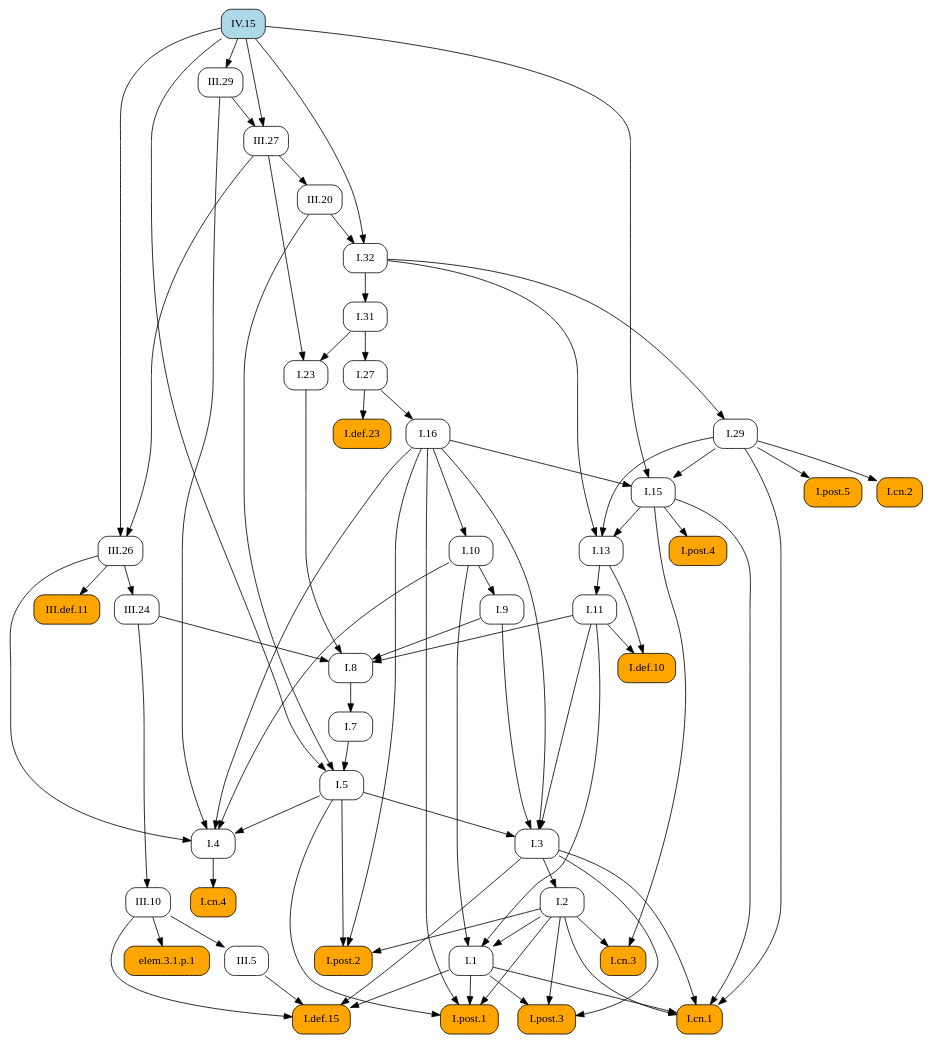
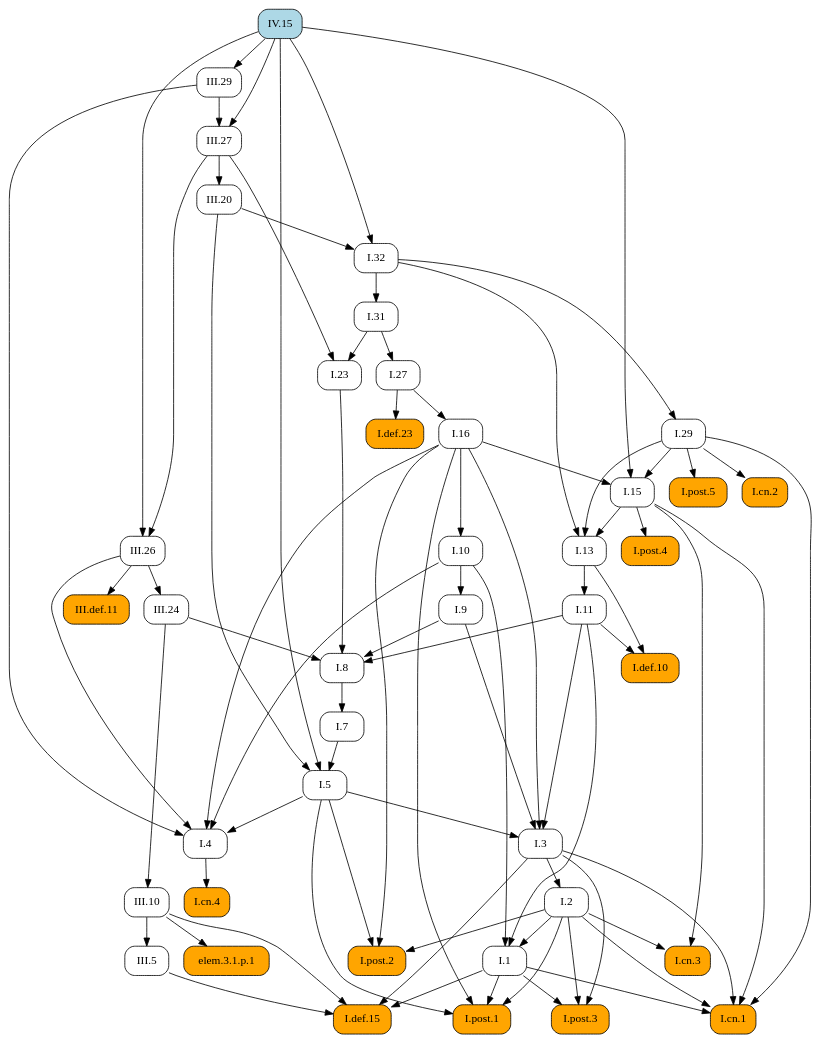
One commit to geometor/elements changed the diagram in docsrc/heath/IV/15/index.rst. Above: the diagram before and after it, drawn with Graphviz. The commit also changed other lines of this file and 1029 other files, not shown here.

```diff
--- a/docsrc/heath/IV/15/index.rst
+++ b/docsrc/heath/IV/15/index.rst
@@ -126,121 +126,121 @@
    digraph {
      rankdir="TB";
      node [shape=box, style=rounded];
+     "I.def.10" [style="rounded,filled", fillcolor=orange, URL="/heath/I/def.10/", target="_top"];
+     "I.11" [URL="/heath/I/11/", target="_top"];
+     "I.post.4" [style="rounded,filled", fillcolor=orange, URL="/heath/I/post.4/", target="_top"];
+     "I.1" [URL="/heath/I/1/", target="_top"];
+     "III.26" [URL="/heath/III/26/", target="_top"];
+     "I.29" [URL="/heath/I/29/", target="_top"];
+     "III.20" [URL="/heath/III/20/", target="_top"];
+     "elem.3.1.p.1" [style="rounded,filled", fillcolor=orange];
+     "I.cn.2" [style="rounded,filled", fillcolor=orange, URL="/heath/I/cn.2/", target="_top"];
+     "III.def.11" [style="rounded,filled", fillcolor=orange, URL="/heath/III/def.11/", target="_top"];
+     "I.def.15" [style="rounded,filled", fillcolor=orange, URL="/heath/I/def.15/", target="_top"];
+     "I.post.3" [style="rounded,filled", fillcolor=orange, URL="/heath/I/post.3/", target="_top"];
+     "I.cn.1" [style="rounded,filled", fillcolor=orange, URL="/heath/I/cn.1/", target="_top"];
      "I.cn.3" [style="rounded,filled", fillcolor=orange, URL="/heath/I/cn.3/", target="_top"];
-     "III.def.11" [style="rounded,filled", fillcolor=orange, URL="/heath/III/def.11/", target="_top"];
-     "I.29" [URL="/heath/I/29/", target="_top"];
+     "I.23" [URL="/heath/I/23/", target="_top"];
+     "III.29" [URL="/heath/III/29/", target="_top"];
+     "I.post.1" [style="rounded,filled", fillcolor=orange, URL="/heath/I/post.1/", target="_top"];
+     "III.24" [URL="/heath/III/24/", target="_top"];
+     "I.27" [URL="/heath/I/27/", target="_top"];
      "I.7" [URL="/heath/I/7/", target="_top"];
-     "I.27" [URL="/heath/I/27/", target="_top"];
+     "I.3" [URL="/heath/I/3/", target="_top"];
+     "I.2" [URL="/heath/I/2/", target="_top"];
+     "I.4" [URL="/heath/I/4/", target="_top"];
      "I.def.23" [style="rounded,filled", fillcolor=orange, URL="/heath/I/def.23/", target="_top"];
-     "I.8" [URL="/heath/I/8/", target="_top"];
+     "IV.15" [style="rounded,filled", fillcolor=lightblue, URL="/heath/IV/15/", target="_top"];
+     "I.13" [URL="/heath/I/13/", target="_top"];
+     "I.post.2" [style="rounded,filled", fillcolor=orange, URL="/heath/I/post.2/", target="_top"];
+     "I.31" [URL="/heath/I/31/", target="_top"];
+     "I.16" [URL="/heath/I/16/", target="_top"];
      "III.10" [URL="/heath/III/10/", target="_top"];
      "I.9" [URL="/heath/I/9/", target="_top"];
-     "I.post.4" [style="rounded,filled", fillcolor=orange, URL="/heath/I/post.4/", target="_top"];
-     "III.20" [URL="/heath/III/20/", target="_top"];
-     "I.2" [URL="/heath/I/2/", target="_top"];
-     "I.def.15" [style="rounded,filled", fillcolor=orange, URL="/heath/I/def.15/", target="_top"];
-     "I.1" [URL="/heath/I/1/", target="_top"];
-     "I.post.1" [style="rounded,filled", fillcolor=orange, URL="/heath/I/post.1/", target="_top"];
      "III.27" [URL="/heath/III/27/", target="_top"];
+     "I.32" [URL="/heath/I/32/", target="_top"];
+     "I.8" [URL="/heath/I/8/", target="_top"];
      "I.cn.4" [style="rounded,filled", fillcolor=orange, URL="/heath/I/cn.4/", target="_top"];
-     "elem.3.1.p.1" [style="rounded,filled", fillcolor=orange];
-     "I.23" [URL="/heath/I/23/", target="_top"];
-     "I.13" [URL="/heath/I/13/", target="_top"];
+     "I.15" [URL="/heath/I/15/", target="_top"];
+     "I.post.5" [style="rounded,filled", fillcolor=orange, URL="/heath/I/post.5/", target="_top"];
+     "I.10" [URL="/heath/I/10/", target="_top"];
+     "I.5" [URL="/heath/I/5/", target="_top"];
      "III.5" [URL="/heath/III/5/", target="_top"];
-     "I.cn.2" [style="rounded,filled", fillcolor=orange, URL="/heath/I/cn.2/", target="_top"];
-     "I.5" [URL="/heath/I/5/", target="_top"];
-     "I.11" [URL="/heath/I/11/", target="_top"];
-     "I.10" [URL="/heath/I/10/", target="_top"];
-     "I.4" [URL="/heath/I/4/", target="_top"];
-     "I.3" [URL="/heath/I/3/", target="_top"];
-     "I.16" [URL="/heath/I/16/", target="_top"];
-     "III.26" [URL="/heath/III/26/", target="_top"];
-     "I.31" [URL="/heath/I/31/", target="_top"];
-     "III.29" [URL="/heath/III/29/", target="_top"];
-     "I.def.10" [style="rounded,filled", fillcolor=orange, URL="/heath/I/def.10/", target="_top"];
-     "I.post.2" [style="rounded,filled", fillcolor=orange, URL="/heath/I/post.2/", target="_top"];
-     "IV.15" [style="rounded,filled", fillcolor=lightblue, URL="/heath/IV/15/", target="_top"];
-     "III.24" [URL="/heath/III/24/", target="_top"];
-     "I.post.3" [style="rounded,filled", fillcolor=orange, URL="/heath/I/post.3/", target="_top"];
-     "I.post.5" [style="rounded,filled", fillcolor=orange, URL="/heath/I/post.5/", target="_top"];
-     "I.15" [URL="/heath/I/15/", target="_top"];
-     "I.cn.1" [style="rounded,filled", fillcolor=orange, URL="/heath/I/cn.1/", target="_top"];
-     "I.32" [URL="/heath/I/32/", target="_top"];
-     "I.2" -> "I.cn.3";
-     "I.15" -> "I.cn.3";
+     "I.11" -> "I.def.10";
+     "I.13" -> "I.def.10";
+     "I.13" -> "I.11";
+     "I.15" -> "I.post.4";
+     "I.2" -> "I.1";
+     "I.10" -> "I.1";
+     "I.11" -> "I.1";
+     "III.27" -> "III.26";
+     "IV.15" -> "III.26";
+     "I.32" -> "I.29";
+     "III.27" -> "III.20";
+     "III.10" -> "elem.3.1.p.1";
+     "I.29" -> "I.cn.2";
      "III.26" -> "III.def.11";
-     "I.32" -> "I.29";
-     "I.8" -> "I.7";
-     "I.31" -> "I.27";
-     "I.27" -> "I.def.23";
-     "I.9" -> "I.8";
-     "I.11" -> "I.8";
-     "I.23" -> "I.8";
-     "III.24" -> "I.8";
-     "III.24" -> "III.10";
-     "I.10" -> "I.9";
-     "I.15" -> "I.post.4";
-     "III.27" -> "III.20";
-     "I.3" -> "I.2";
      "I.1" -> "I.def.15";
      "I.3" -> "I.def.15";
      "III.5" -> "I.def.15";
      "III.10" -> "I.def.15";
-     "I.2" -> "I.1";
-     "I.10" -> "I.1";
-     "I.11" -> "I.1";
+     "I.1" -> "I.post.3";
+     "I.2" -> "I.post.3";
+     "I.3" -> "I.post.3";
+     "I.1" -> "I.cn.1";
+     "I.2" -> "I.cn.1";
+     "I.3" -> "I.cn.1";
+     "I.15" -> "I.cn.1";
+     "I.29" -> "I.cn.1";
+     "I.2" -> "I.cn.3";
+     "I.15" -> "I.cn.3";
+     "I.31" -> "I.23";
+     "III.27" -> "I.23";
+     "IV.15" -> "III.29";
      "I.1" -> "I.post.1";
      "I.2" -> "I.post.1";
      "I.5" -> "I.post.1";
      "I.16" -> "I.post.1";
-     "III.29" -> "III.27";
-     "IV.15" -> "III.27";
-     "I.4" -> "I.cn.4";
-     "III.10" -> "elem.3.1.p.1";
-     "I.31" -> "I.23";
-     "III.27" -> "I.23";
-     "I.15" -> "I.13";
-     "I.29" -> "I.13";
-     "I.32" -> "I.13";
-     "III.10" -> "III.5";
-     "I.29" -> "I.cn.2";
-     "I.7" -> "I.5";
-     "III.20" -> "I.5";
-     "IV.15" -> "I.5";
-     "I.13" -> "I.11";
-     "I.16" -> "I.10";
+     "III.26" -> "III.24";
+     "I.31" -> "I.27";
+     "I.8" -> "I.7";
+     "I.5" -> "I.3";
+     "I.9" -> "I.3";
+     "I.11" -> "I.3";
+     "I.16" -> "I.3";
+     "I.3" -> "I.2";
      "I.5" -> "I.4";
      "I.10" -> "I.4";
      "I.16" -> "I.4";
      "III.26" -> "I.4";
      "III.29" -> "I.4";
-     "I.5" -> "I.3";
-     "I.9" -> "I.3";
-     "I.11" -> "I.3";
-     "I.16" -> "I.3";
-     "I.27" -> "I.16";
-     "III.27" -> "III.26";
-     "IV.15" -> "III.26";
-     "I.32" -> "I.31";
-     "IV.15" -> "III.29";
-     "I.11" -> "I.def.10";
-     "I.13" -> "I.def.10";
+     "I.27" -> "I.def.23";
+     "I.15" -> "I.13";
+     "I.29" -> "I.13";
+     "I.32" -> "I.13";
      "I.2" -> "I.post.2";
      "I.5" -> "I.post.2";
      "I.16" -> "I.post.2";
-     "III.26" -> "III.24";
-     "I.1" -> "I.post.3";
-     "I.2" -> "I.post.3";
-     "I.3" -> "I.post.3";
-     "I.29" -> "I.post.5";
+     "I.32" -> "I.31";
+     "I.27" -> "I.16";
+     "III.24" -> "III.10";
+     "I.10" -> "I.9";
+     "III.29" -> "III.27";
+     "IV.15" -> "III.27";
+     "III.20" -> "I.32";
+     "IV.15" -> "I.32";
+     "I.9" -> "I.8";
+     "I.11" -> "I.8";
+     "I.23" -> "I.8";
+     "III.24" -> "I.8";
+     "I.4" -> "I.cn.4";
      "I.16" -> "I.15";
      "I.29" -> "I.15";
      "IV.15" -> "I.15";
-     "I.1" -> "I.cn.1";
-     "I.2" -> "I.cn.1";
-     "I.3" -> "I.cn.1";
-     "I.15" -> "I.cn.1";
-     "I.29" -> "I.cn.1";
-     "III.20" -> "I.32";
-     "IV.15" -> "I.32";
+     "I.29" -> "I.post.5";
+     "I.16" -> "I.10";
+     "I.7" -> "I.5";
+     "III.20" -> "I.5";
+     "IV.15" -> "I.5";
+     "III.10" -> "III.5";
    }
```
